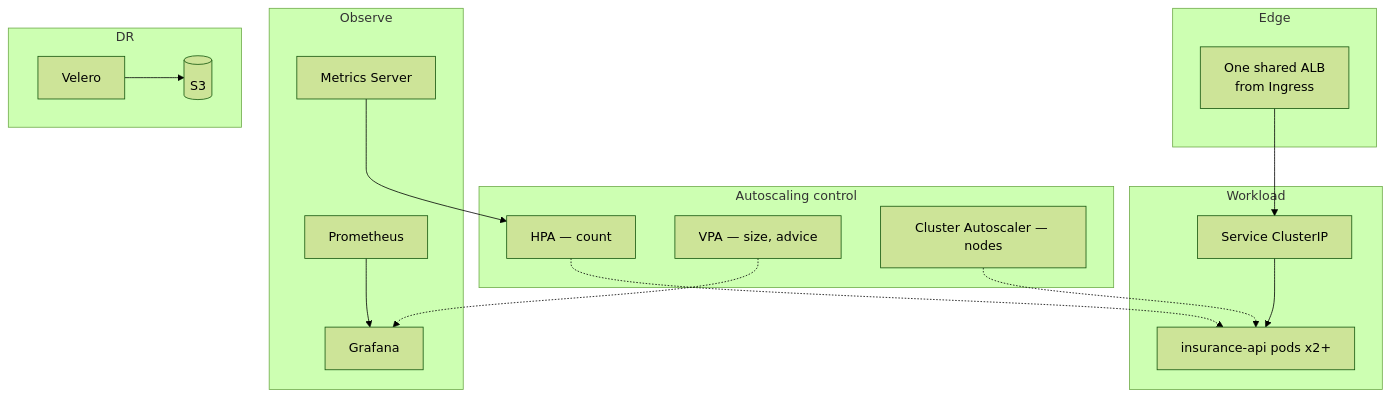
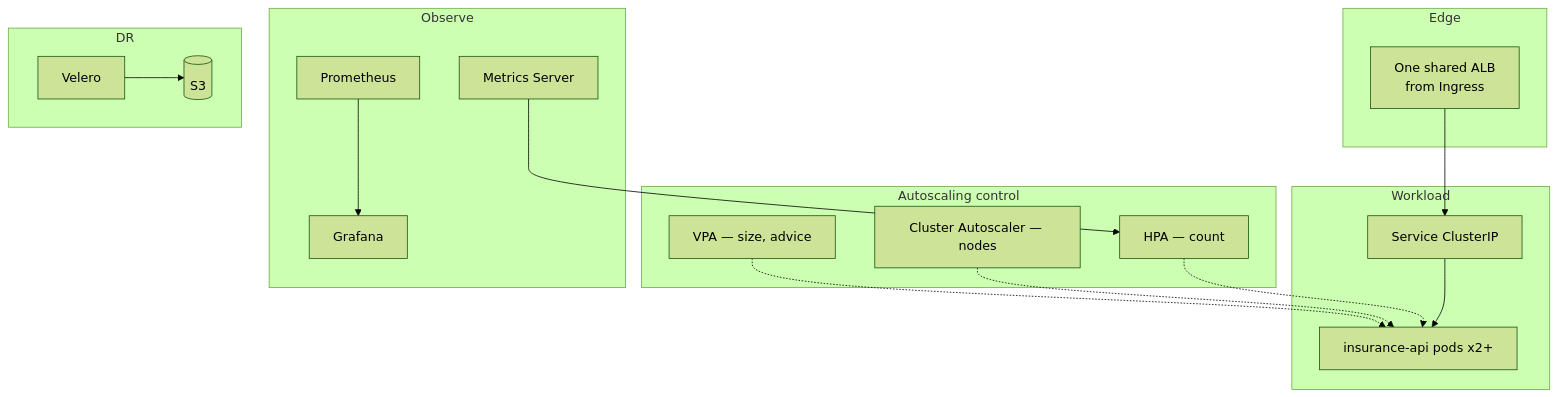
The diagram in docs/architecture/README.md (Amith-Ganta/FastAPI-ML-EKS-Platform), drawn with Mermaid (forest theme) before and after one commit. The commit also changed 2 other files, not shown here.

Commit message:
fix(docs): correct VPA edges and restore DOCKER_USERNAME secret row
Three verified diagram/table corrections from a full-repo review:

- docs/architecture/README.md: VPA advisory edge pointed at Grafana
  (VPA -.-> GRAF). VPA recommends pod sizes to the workload, not to the
  monitoring stack. Now VPA -.-> PODS, consistent with the object-hierarchy
  diagram and the "measure, then decide" narrative.
- README.md: same class of error in the platform diagram
  (VPA -. recommends size .-> MON). Retargeted to the api pods (P1/P2/P3).
- docs/APP_README.md: CI/CD secrets table had a stray blank line after the
  header separator and was missing the DOCKER_USERNAME row. Restored the row
  (tweakster24) and fixed the table.

Verified against ground truth: k8s/autoscaling/vpa.yaml (targetRef -> Deployment,
updateMode Off), .github/workflows/deploy.yml, config/.env.example. No change to
the (correct, nested) API contract or the validated tweakster24 image.

````diff
--- a/docs/architecture/README.md
+++ b/docs/architecture/README.md
@@ -32,26 +32,26 @@
 ```mermaid
 flowchart TB
     subgraph Edge
         ALB[One shared ALB<br/>from Ingress]
     end
     subgraph Workload
         SVC[Service ClusterIP] --> PODS[insurance-api pods x2+]
     end
     subgraph Control["Autoscaling control"]
         HPA[HPA — count] 
         VPA[VPA — size, advice]
         CA[Cluster Autoscaler — nodes]
     end
     subgraph Observe
         MS[Metrics Server] --> HPA
         PROM[Prometheus] --> GRAF[Grafana]
     end
     subgraph DR
         VELERO[Velero] --> S3[(S3)]
     end
 
     ALB --> SVC
     HPA -.-> PODS
     CA -.-> PODS
-    VPA -.-> GRAF
+    VPA -.-> PODS
 ```
````
